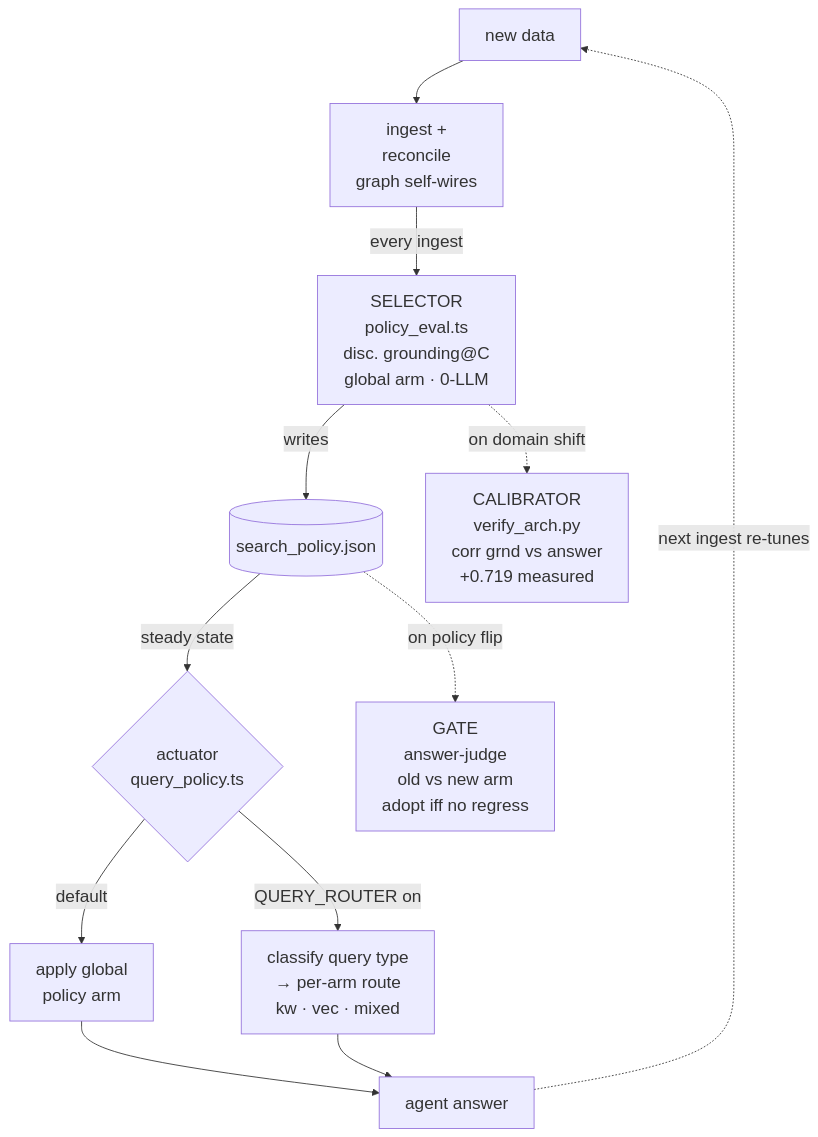
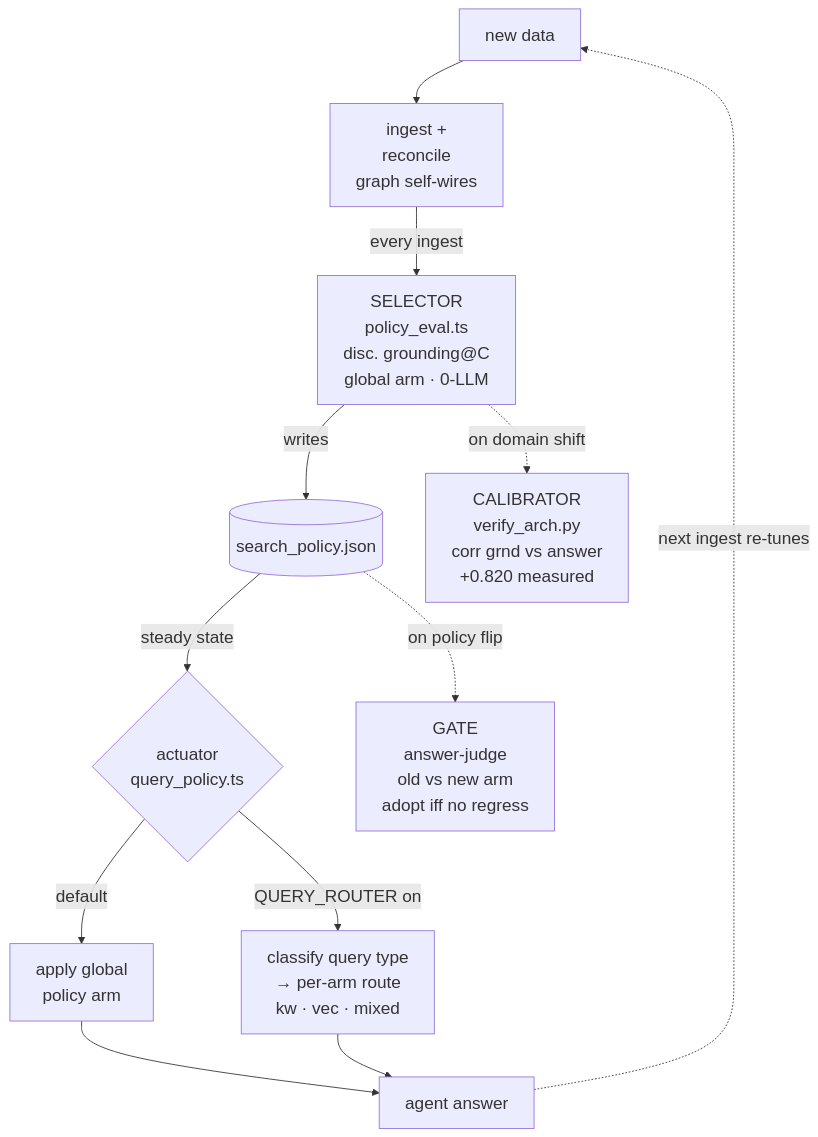
The seventh of 8 diagrams in Week 3.5.96 - Self-Wiring Memory (GBrain).md (shaneliuyx/agent-development-curriculum), drawn with Mermaid before and after one commit. The commit also changed other lines of this file, not shown here.

First line of the commit message:
docs: W3.5.96 — refresh calibrator to +0.820, add 0-LLM-selector explanation

````diff
--- a/Week 3.5.96 - Self-Wiring Memory (GBrain).md
+++ b/Week 3.5.96 - Self-Wiring Memory (GBrain).md
@@ -2204,15 +2204,15 @@
 ```mermaid
 %%{init: {'theme':'default', 'themeVariables': {'fontSize':'20px'}}}%%
 flowchart TD
   NEW["new data"] --> ING["ingest +<br/>reconcile<br/>graph self-wires"]
   ING -->|"every ingest"| SEL["SELECTOR<br/>policy_eval.ts<br/>disc. grounding@C<br/>global arm · 0-LLM"]
   SEL -->|"writes"| POL[("search_policy.json")]
   POL -->|"steady state"| ACT{"actuator<br/>query_policy.ts"}
   ACT -->|"default"| GLOB["apply global<br/>policy arm"]
   ACT -->|"QUERY_ROUTER on"| RTR["classify query type<br/>→ per-arm route<br/>kw · vec · mixed"]
   GLOB --> ANS["agent answer"]
   RTR --> ANS
   ANS -.->|"next ingest re-tunes"| NEW
   POL -.->|"on policy flip"| GATE["GATE<br/>answer-judge<br/>old vs new arm<br/>adopt iff no regress"]
-  SEL -.->|"on domain shift"| CAL["CALIBRATOR<br/>verify_arch.py<br/>corr grnd vs answer<br/>+0.719 measured"]
+  SEL -.->|"on domain shift"| CAL["CALIBRATOR<br/>verify_arch.py<br/>corr grnd vs answer<br/>+0.820 measured"]
 ```
````
